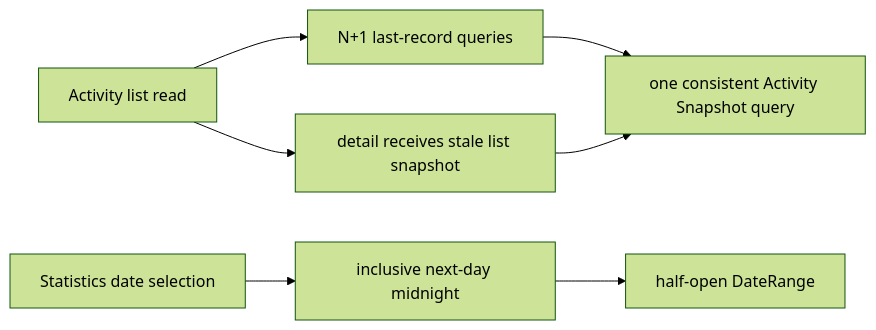
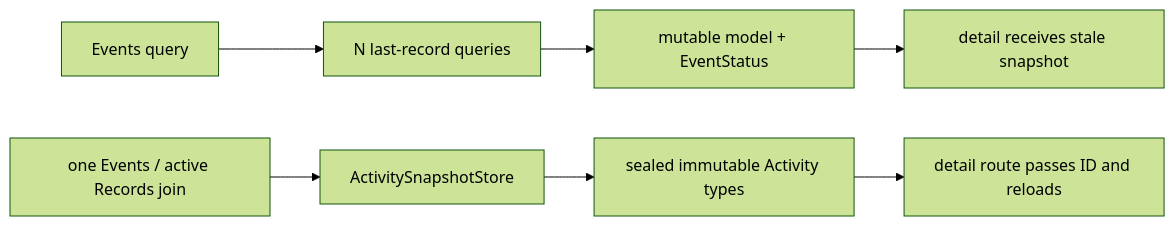
Before and after one commit to Guoyuer/eventTracker: the fourth of 5 diagrams in docs/architecture/module-flow.md, drawn with Mermaid (forest theme). The commit also changed other lines of this file and 24 other files, not shown here.

Commit message:
Make activity snapshots consistent

````diff
--- a/docs/architecture/module-flow.md
+++ b/docs/architecture/module-flow.md
@@ -133,10 +139,10 @@
 ```mermaid
 flowchart LR
-  ActivityRead["Activity list read"] --> N1["N+1 last-record queries"]
-  ActivityRead --> Stale["detail receives stale list snapshot"]
-  N1 --> Snapshot["one consistent Activity Snapshot query"]
-  Stale --> Snapshot
+  Before["Events query"] --> N1["N last-record queries"]
+  N1 --> Mutable["mutable model + EventStatus"]
+  Mutable --> Stale["detail receives stale snapshot"]
 
-  StatisticsRange["Statistics date selection"] --> Inclusive["inclusive next-day midnight"]
-  Inclusive --> HalfOpen["half-open DateRange"]
+  After["one Events / active Records join"] --> Snapshot["ActivitySnapshotStore"]
+  Snapshot --> Sealed["sealed immutable Activity types"]
+  Sealed --> Route["detail route passes ID and reloads"]
 ```
````
